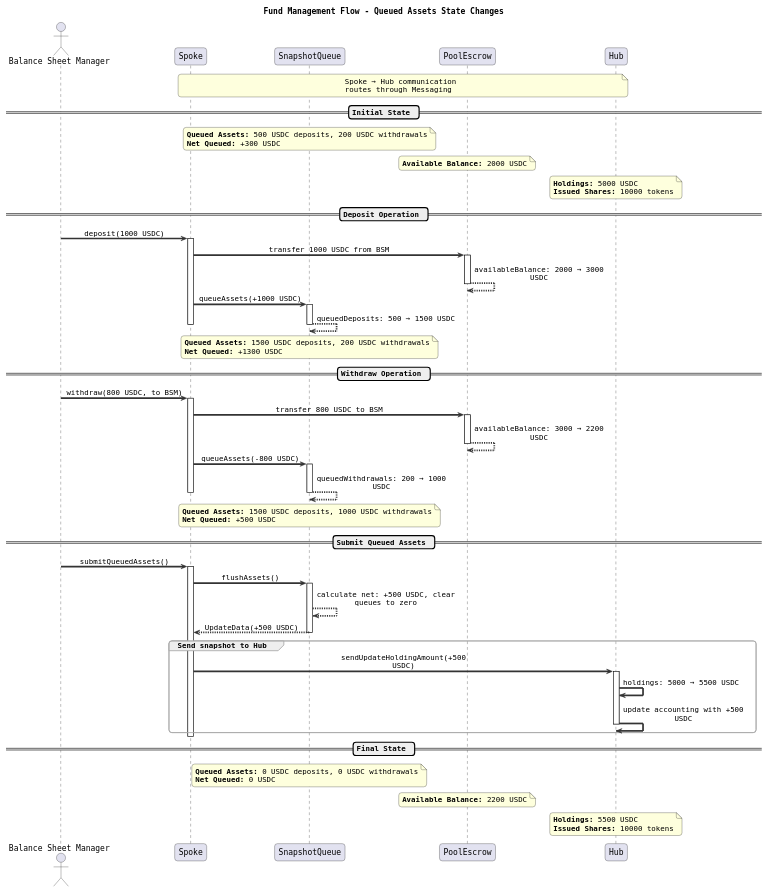
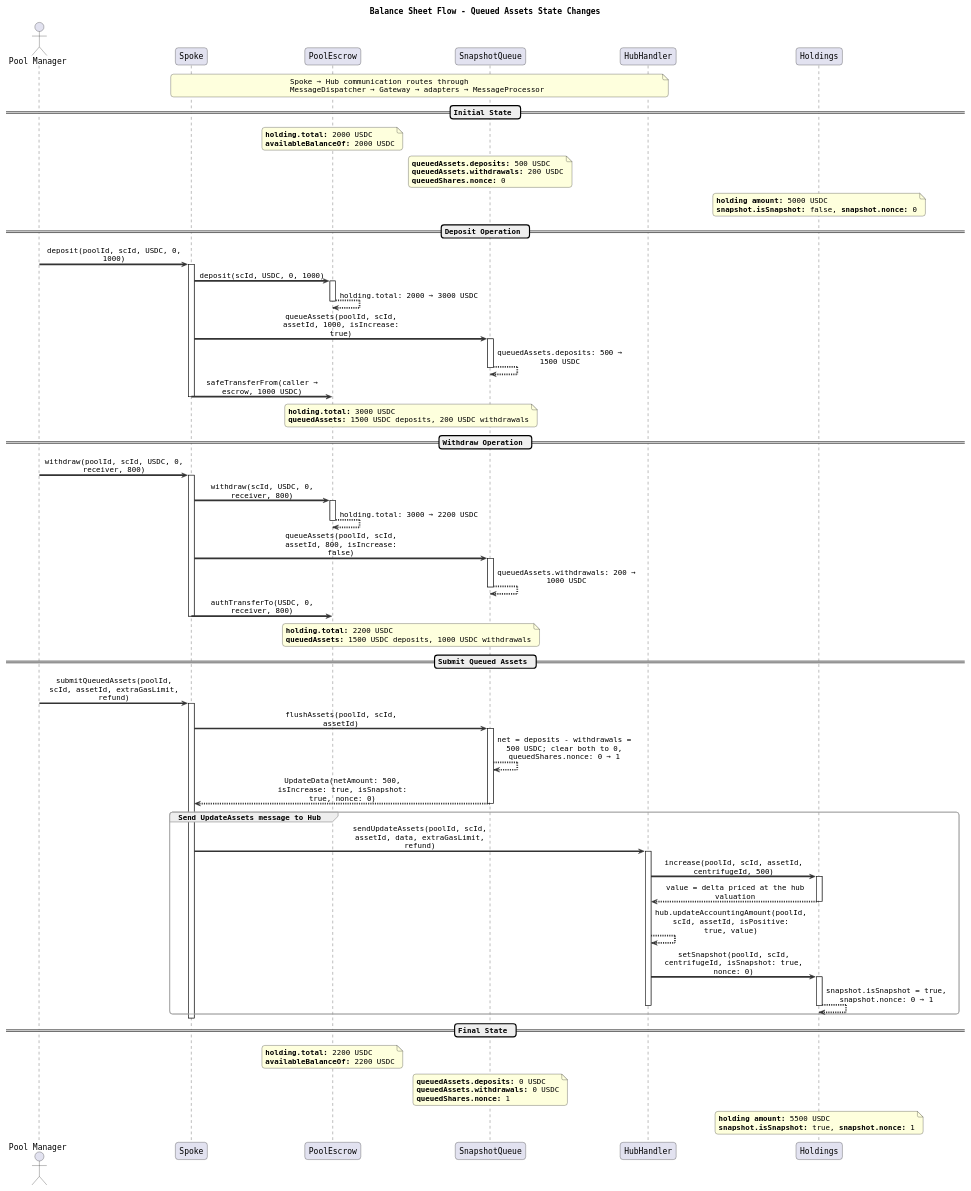
The diagram in docs/architecture/core/spoke/balance-sheet.puml (centrifuge/protocol), drawn with PlantUML before and after one commit. The commit also changed 22 other files, not shown here.

Commit message:
Updated PlantUML diagrams for v3.3 (#306)

```diff
--- a/docs/architecture/core/spoke/balance-sheet.puml
+++ b/docs/architecture/core/spoke/balance-sheet.puml
@@ -1,114 +1,128 @@
 @startuml
-title Fund Management Flow - Queued Assets State Changes
+title Balance Sheet Flow - Queued Assets State Changes
 
 skinparam sequenceArrowThickness 3
 skinparam backgroundColor white
 skinparam sequenceMessageAlign center
 skinparam maxMessageSize 250
 skinparam roundcorner 10
 skinparam shadowing false
 skinparam defaultFontName "Monospaced"
 
 skinparam sequence {
     ArrowColor #333333
     BoxBorderColor #999999
     BoxBackgroundColor #F9F9F9
     GroupBorderColor #AAAAAA
     GroupBackgroundColor #EEEEEE
 }
 
-actor "Balance Sheet Manager" as BSM
+actor "Pool Manager" as PM
 participant Spoke
+participant PoolEscrow
 participant SnapshotQueue
-participant PoolEscrow
-participant "Hub" as Hub
+participant HubHandler
+participant Holdings
 
-note over Spoke, Hub
-    Spoke → Hub communication
-    routes through Messaging
+note over Spoke, HubHandler
+    Spoke → Hub communication routes through
+    MessageDispatcher → Gateway → adapters → MessageProcessor
 end note
 
 == Initial State ==
-note over SnapshotQueue
-    **Queued Assets:** 500 USDC deposits, 200 USDC withdrawals
-    **Net Queued:** +300 USDC
+note over PoolEscrow
+    **holding.total:** 2000 USDC
+    **availableBalanceOf:** 2000 USDC
 end note
 
-note over PoolEscrow
-    **Available Balance:** 2000 USDC
+note over SnapshotQueue
+    **queuedAssets.deposits:** 500 USDC
+    **queuedAssets.withdrawals:** 200 USDC
+    **queuedShares.nonce:** 0
 end note
 
-note over Hub
-    **Holdings:** 5000 USDC
-    **Issued Shares:** 10000 tokens
+note over Holdings
+    **holding amount:** 5000 USDC
+    **snapshot.isSnapshot:** false, **snapshot.nonce:** 0
 end note
 
 == Deposit Operation ==
-BSM -> Spoke: deposit(1000 USDC)
+PM -> Spoke: deposit(poolId, scId, USDC, 0, 1000)
 activate Spoke
-Spoke -> PoolEscrow: transfer 1000 USDC from BSM
+Spoke -> PoolEscrow: deposit(scId, USDC, 0, 1000)
 activate PoolEscrow
-PoolEscrow --> PoolEscrow: availableBalance: 2000 → 3000 USDC
+PoolEscrow --> PoolEscrow: holding.total: 2000 → 3000 USDC
 deactivate PoolEscrow
-Spoke -> SnapshotQueue: queueAssets(+1000 USDC)
+Spoke -> SnapshotQueue: queueAssets(poolId, scId, assetId, 1000, isIncrease: true)
 activate SnapshotQueue
-SnapshotQueue --> SnapshotQueue: queuedDeposits: 500 → 1500 USDC
+SnapshotQueue --> SnapshotQueue: queuedAssets.deposits: 500 → 1500 USDC
 deactivate SnapshotQueue
+Spoke -> PoolEscrow: safeTransferFrom(caller → escrow, 1000 USDC)
 deactivate Spoke
 
-note over SnapshotQueue
-    **Queued Assets:** 1500 USDC deposits, 200 USDC withdrawals
-    **Net Queued:** +1300 USDC
+note over PoolEscrow, SnapshotQueue
+    **holding.total:** 3000 USDC
+    **queuedAssets:** 1500 USDC deposits, 200 USDC withdrawals
 end note
 
 == Withdraw Operation ==
-BSM -> Spoke: withdraw(800 USDC, to BSM)
+PM -> Spoke: withdraw(poolId, scId, USDC, 0, receiver, 800)
 activate Spoke
-Spoke -> PoolEscrow: transfer 800 USDC to BSM
+Spoke -> PoolEscrow: withdraw(scId, USDC, 0, receiver, 800)
 activate PoolEscrow
-PoolEscrow --> PoolEscrow: availableBalance: 3000 → 2200 USDC
+PoolEscrow --> PoolEscrow: holding.total: 3000 → 2200 USDC
 deactivate PoolEscrow
-Spoke -> SnapshotQueue: queueAssets(-800 USDC)
+Spoke -> SnapshotQueue: queueAssets(poolId, scId, assetId, 800, isIncrease: false)
 activate SnapshotQueue
-SnapshotQueue --> SnapshotQueue: queuedWithdrawals: 200 → 1000 USDC
+SnapshotQueue --> SnapshotQueue: queuedAssets.withdrawals: 200 → 1000 USDC
 deactivate SnapshotQueue
+Spoke -> PoolEscrow: authTransferTo(USDC, 0, receiver, 800)
 deactivate Spoke
 
-note over SnapshotQueue
-    **Queued Assets:** 1500 USDC deposits, 1000 USDC withdrawals
-    **Net Queued:** +500 USDC
+note over PoolEscrow, SnapshotQueue
+    **holding.total:** 2200 USDC
+    **queuedAssets:** 1500 USDC deposits, 1000 USDC withdrawals
 end note
 
 == Submit Queued Assets ==
-BSM -> Spoke: submitQueuedAssets()
+PM -> Spoke: submitQueuedAssets(poolId, scId, assetId, extraGasLimit, refund)
 activate Spoke
-Spoke -> SnapshotQueue: flushAssets()
+Spoke -> SnapshotQueue: flushAssets(poolId, scId, assetId)
 activate SnapshotQueue
-SnapshotQueue --> SnapshotQueue: calculate net: +500 USDC, clear queues to zero
-SnapshotQueue --> Spoke: UpdateData(+500 USDC)
+SnapshotQueue --> SnapshotQueue: net = deposits - withdrawals = 500 USDC; clear both to 0, queuedShares.nonce: 0 → 1
+SnapshotQueue --> Spoke: UpdateData(netAmount: 500, isIncrease: true, isSnapshot: true, nonce: 0)
 deactivate SnapshotQueue
-group Send snapshot to Hub
-Spoke -> Hub: sendUpdateHoldingAmount(+500 USDC)
-activate Hub
-Hub -> Hub: holdings: 5000 → 5500 USDC
-Hub -> Hub: update accounting with +500 USDC
-deactivate Hub
+group Send UpdateAssets message to Hub
+Spoke -> HubHandler: sendUpdateAssets(poolId, scId, assetId, data, extraGasLimit, refund)
+activate HubHandler
+HubHandler -> Holdings: increase(poolId, scId, assetId, centrifugeId, 500)
+activate Holdings
+Holdings --> HubHandler: value = delta priced at the hub valuation
+deactivate Holdings
+HubHandler --> HubHandler: hub.updateAccountingAmount(poolId, scId, assetId, isPositive: true, value)
+HubHandler -> Holdings: setSnapshot(poolId, scId, centrifugeId, isSnapshot: true, nonce: 0)
+activate Holdings
+Holdings --> Holdings: snapshot.isSnapshot = true, snapshot.nonce: 0 → 1
+deactivate Holdings
+deactivate HubHandler
 end
 deactivate Spoke
 
 == Final State ==
-note over SnapshotQueue
-    **Queued Assets:** 0 USDC deposits, 0 USDC withdrawals
-    **Net Queued:** 0 USDC
+note over PoolEscrow
+    **holding.total:** 2200 USDC
+    **availableBalanceOf:** 2200 USDC
 end note
 
-note over PoolEscrow
-    **Available Balance:** 2200 USDC
+note over SnapshotQueue
+    **queuedAssets.deposits:** 0 USDC
+    **queuedAssets.withdrawals:** 0 USDC
+    **queuedShares.nonce:** 1
 end note
 
-note over Hub
-    **Holdings:** 5500 USDC
-    **Issued Shares:** 10000 tokens
+note over Holdings
+    **holding amount:** 5500 USDC
+    **snapshot.isSnapshot:** true, **snapshot.nonce:** 1
 end note
 
 @enduml
```
